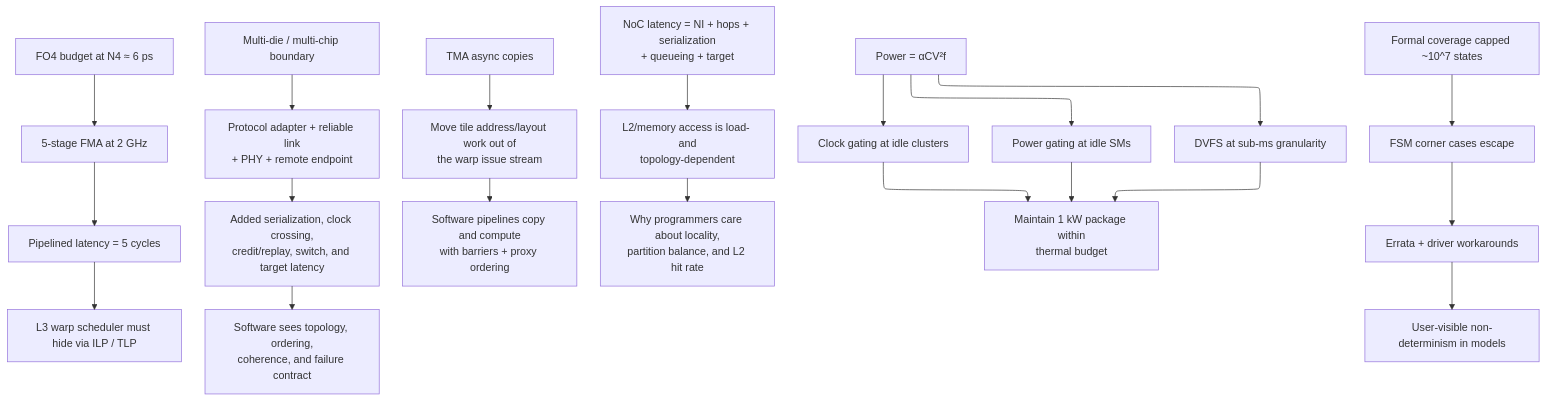
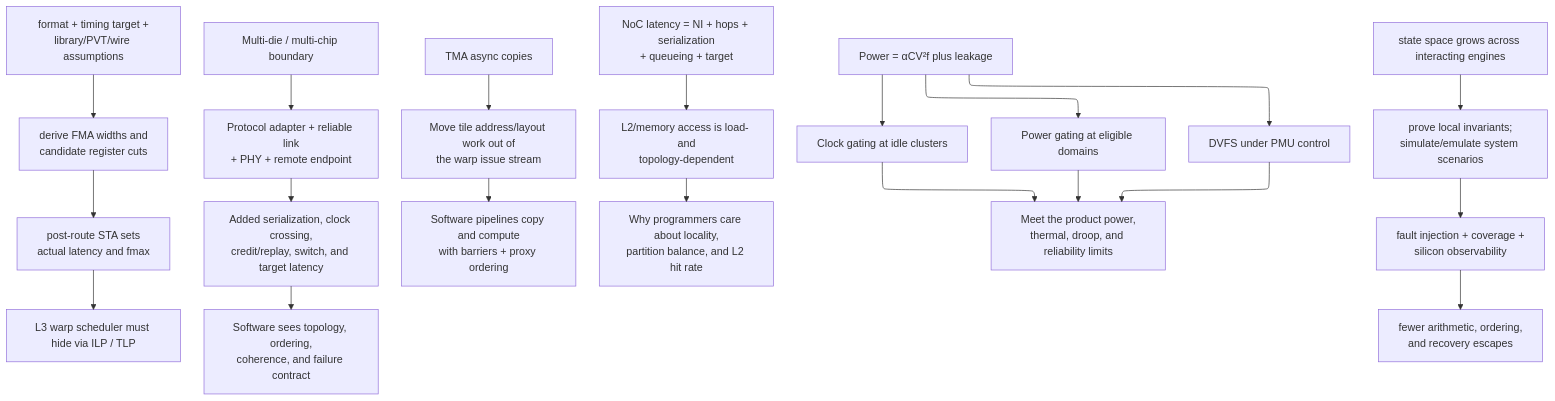
One commit to Wty2003328/ai_infra_intro changed diagram 18 of 18 in L2_Digital_Design_for_AI/04_Digital_Design_For_AI.md. Above: the diagram before and after it, drawn with Mermaid. The commit also changed other lines of this file and 3 other files, not shown here.

````diff
--- a/L2_Digital_Design_for_AI/04_Digital_Design_For_AI.md
+++ b/L2_Digital_Design_for_AI/04_Digital_Design_For_AI.md
@@ -1085,26 +1214,26 @@
 ```mermaid
 %%{init: {"flowchart": {"defaultRenderer": "elk", "nodeSpacing": 60, "rankSpacing": 60, "htmlLabels": false}}}%%
 flowchart TD
-    A[FO4 budget at N4 ≈ 6 ps] --> B[5-stage FMA at 2 GHz]
-    B --> C[Pipelined latency = 5 cycles]
+    A["format + timing target +<br/>library/PVT/wire assumptions"] --> B["derive FMA widths and<br/>candidate register cuts"]
+    B --> C["post-route STA sets<br/>actual latency and fmax"]
     C --> D["L3 warp scheduler must hide via ILP / TLP"]
 
     E[Multi-die / multi-chip boundary] --> F[Protocol adapter + reliable link<br/>+ PHY + remote endpoint]
     F --> G[Added serialization, clock crossing,<br/>credit/replay, switch, and target latency]
     G --> H[Software sees topology, ordering,<br/>coherence, and failure contract]
 
     I[TMA async copies] --> J[Move tile address/layout work out of<br/>the warp issue stream]
     J --> K[Software pipelines copy and compute<br/>with barriers + proxy ordering]
 
     L[NoC latency = NI + hops + serialization<br/>+ queueing + target] --> M[L2/memory access is load- and<br/>topology-dependent]
     M --> N["Why programmers care about locality,<br/>partition balance, and L2 hit rate"]
 
-    O["Power = αCV²f"] --> P[Clock gating at idle clusters]
-    O --> Q[Power gating at idle SMs]
-    O --> R[DVFS at sub-ms granularity]
-    P & Q & R --> S[Maintain 1 kW package within<br/>thermal budget]
+    O["Power = αCV²f plus leakage"] --> P[Clock gating at idle clusters]
+    O --> Q[Power gating at eligible domains]
+    O --> R[DVFS under PMU control]
+    P & Q & R --> S[Meet the product power,<br/>thermal, droop, and reliability limits]
 
-    T[Formal coverage capped ~10^7 states] --> U[FSM corner cases escape]
-    U --> V[Errata + driver workarounds]
-    V --> W["User-visible non-determinism in models"]
+    T["state space grows across interacting engines"] --> U["prove local invariants;<br/>simulate/emulate system scenarios"]
+    U --> V["fault injection + coverage +<br/>silicon observability"]
+    V --> W["fewer arithmetic, ordering,<br/>and recovery escapes"]
 ```
````
